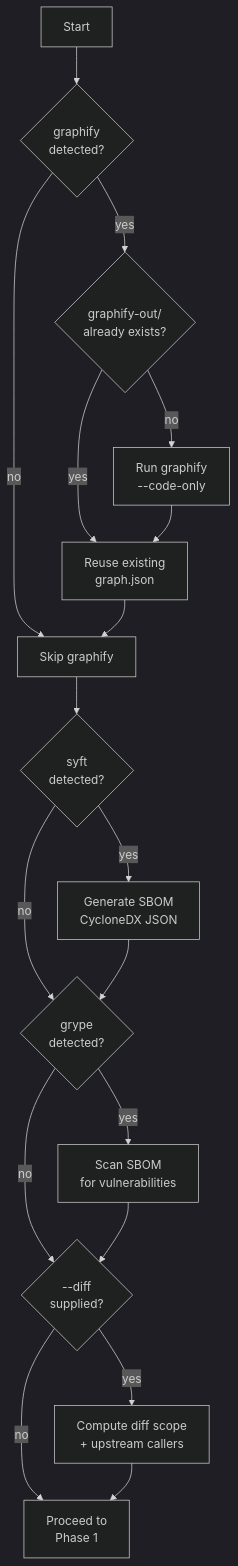
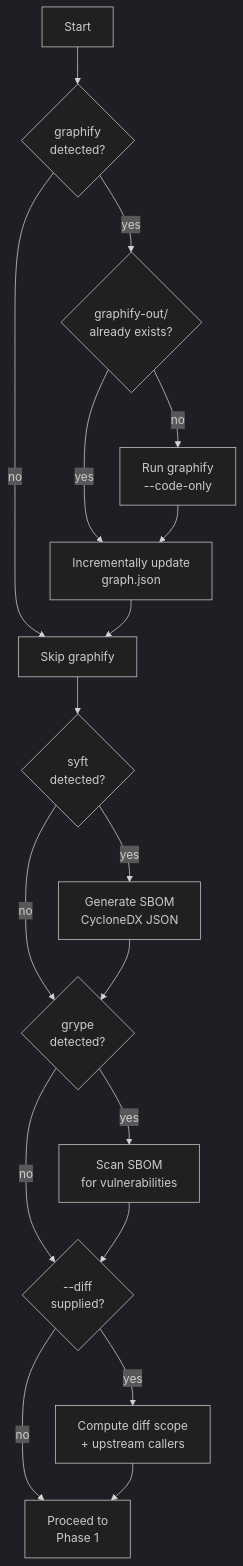
The second of 7 diagrams in README.md (dominikmi/laser), drawn with Mermaid before and after one commit. The commit also changed other lines of this file and 28 other files, not shown here.

````diff
--- a/README.md
+++ b/README.md
@@ -124,21 +135,21 @@
 ```mermaid
 %%{init: {"theme": "dark"}}%%
 flowchart TD
     A["Start"] --> B{"graphify<br/>detected?"}
     B -- yes --> C{"graphify-out/<br/>already exists?"}
     B -- no --> F["Skip graphify"]
-    C -- yes --> D["Reuse existing<br/>graph.json"]
+    C -- yes --> D["Incrementally update<br/>graph.json"]
     C -- no --> E["Run graphify<br/>--code-only"]
     E --> D
     D --> F
     F --> S{"syft<br/>detected?"}
     S -- yes --> S1["Generate SBOM<br/>CycloneDX JSON"]
     S -- no --> G{"grype<br/>detected?"}
     S1 --> G
     G -- yes --> G1["Scan SBOM<br/>for vulnerabilities"]
     G -- no --> H{"--diff<br/>supplied?"}
     G1 --> H
     H -- yes --> H1["Compute diff scope<br/>+ upstream callers"]
     H -- no --> I["Proceed to<br/>Phase 1"]
     H1 --> I
 ```
````
